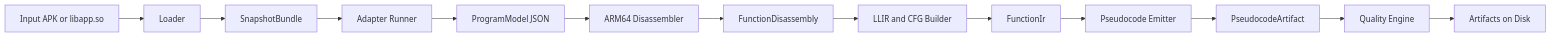
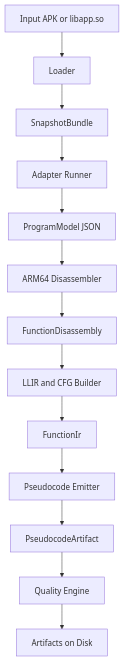
Before and after one commit to caverav/flutterdec: the first of 2 diagrams in docs/how-it-works.md, drawn with Mermaid.

Commit message:
docs(internals): switch pipeline diagram to vertical layout

````diff
--- a/docs/how-it-works.md
+++ b/docs/how-it-works.md
@@ -26,15 +26,15 @@
 ```mermaid
-flowchart LR
+flowchart TB
   A[Input APK or libapp.so] --> B[Loader]
   B --> C[SnapshotBundle]
   C --> D[Adapter Runner]
   D --> E[ProgramModel JSON]
   E --> F[ARM64 Disassembler]
   F --> G[FunctionDisassembly]
   G --> H[LLIR and CFG Builder]
   H --> I[FunctionIr]
   I --> J[Pseudocode Emitter]
   J --> K[PseudocodeArtifact]
   K --> L[Quality Engine]
   L --> M[Artifacts on Disk]
 ```
````
